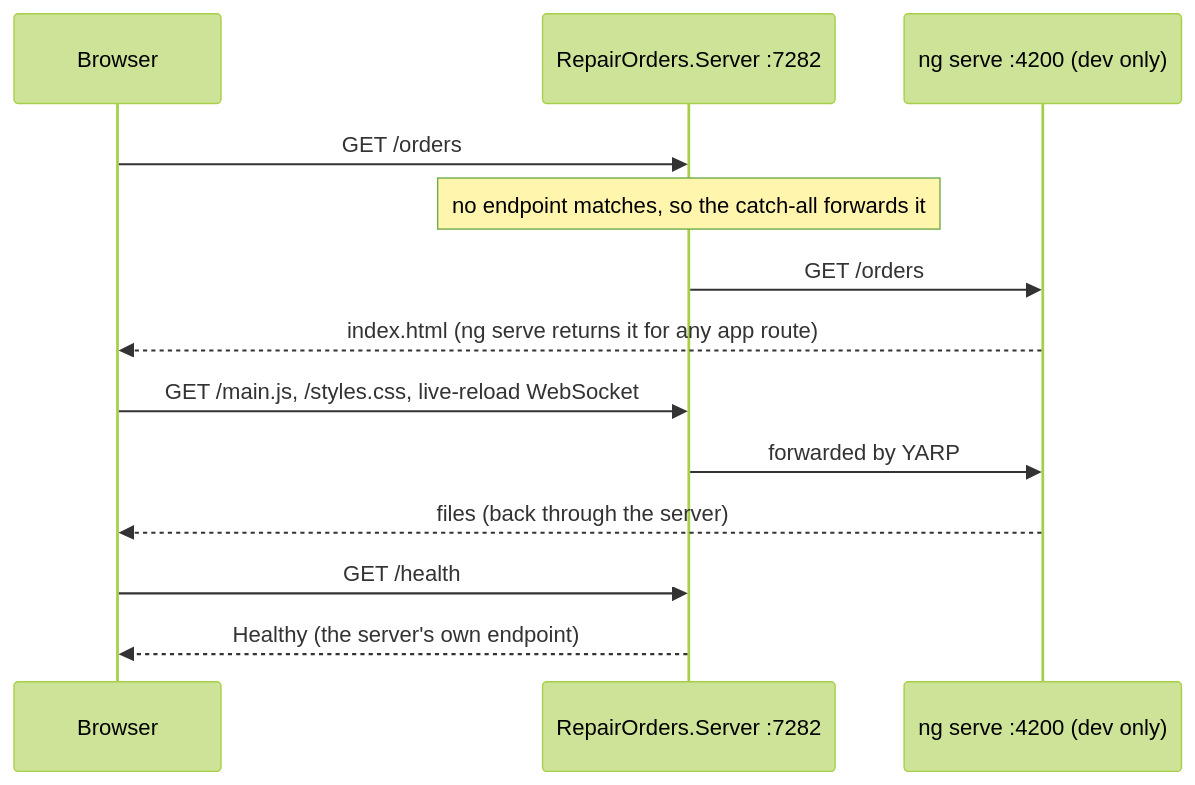
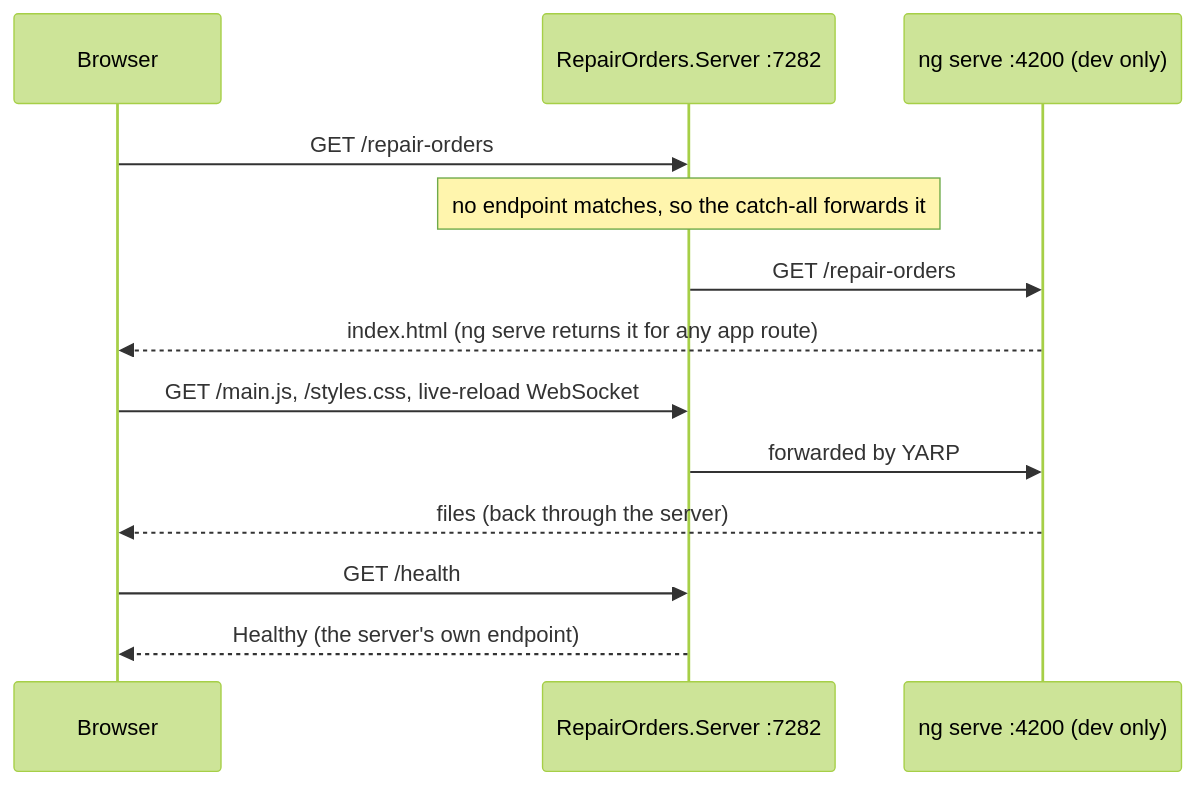
One commit to akhanalcs/bff-aspnetcore-angular changed the sixth of 7 diagrams in README.md. Above: the diagram before and after it, drawn with Mermaid (forest theme). The commit also changed other lines of this file and 6 other files, not shown here.

````diff
--- a/README.md
+++ b/README.md
@@ -414,15 +498,15 @@
 ```mermaid
 sequenceDiagram
     participant B as Browser
     participant S as RepairOrders.Server :7282
     participant NG as ng serve :4200 (dev only)
-    B->>S: GET /orders
+    B->>S: GET /repair-orders
     Note over S: no endpoint matches, so the catch-all forwards it
-    S->>NG: GET /orders
+    S->>NG: GET /repair-orders
     NG-->>B: index.html (ng serve returns it for any app route)
     B->>S: GET /main.js, /styles.css, live-reload WebSocket
     S->>NG: forwarded by YARP
     NG-->>B: files (back through the server)
     B->>S: GET /health
     S-->>B: Healthy (the server's own endpoint)
 ```
````
